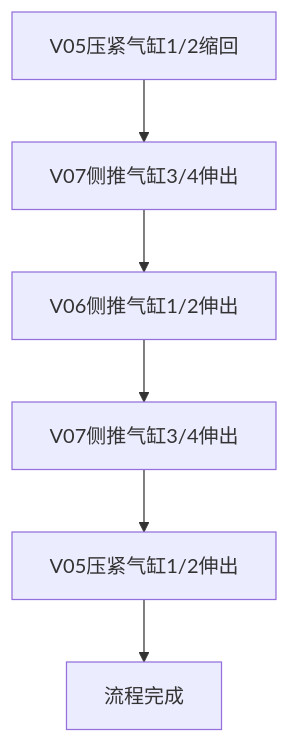
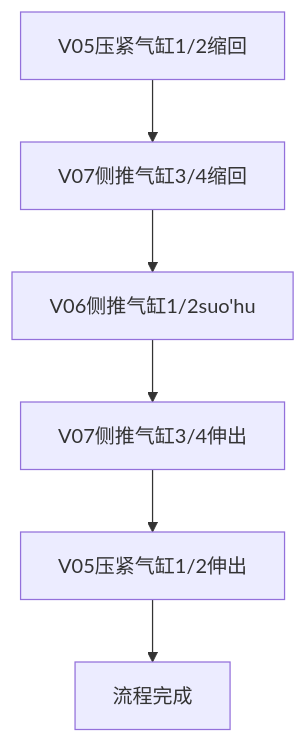
One commit to PengKun1/iodraw-files changed the diagram in all/OP10气缸打开流程.md. Above: the diagram before and after it, drawn with Mermaid.

Commit message:
2024-08-05 16:38:50 update

````diff
--- a/all/OP10气缸打开流程.md
+++ b/all/OP10气缸打开流程.md
@@ -1,9 +1,9 @@
 ```mermaid
 graph TD
 10[V05压紧气缸1/2缩回]-->20
-20[V07侧推气缸3/4伸出]-->30
-30[V06侧推气缸1/2伸出]-->40
+20[V07侧推气缸3/4缩回]-->30
+30[V06侧推气缸1/2suo'hu]-->40
 40[V07侧推气缸3/4伸出]-->50
 50[V05压紧气缸1/2伸出]-->60
 60[流程完成]
 ```
````
